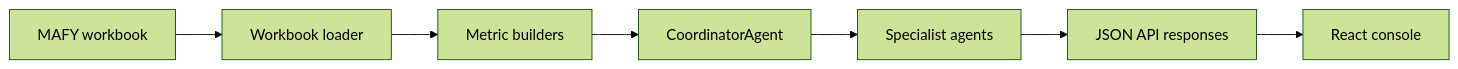
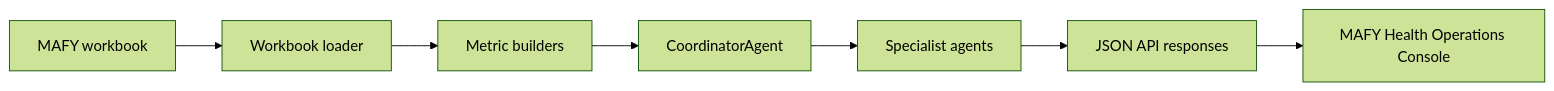
Before and after one commit to ENZOMOTIVE/poverty_404: the diagram in backend/README.md, drawn with Mermaid (forest theme). The commit also changed other lines of this file and 18 other files, not shown here.

````diff
--- a/backend/README.md
+++ b/backend/README.md
@@ -7,9 +7,9 @@
 ```mermaid
 flowchart LR
   A[MAFY workbook] --> B[Workbook loader]
   B --> C[Metric builders]
   C --> D[CoordinatorAgent]
   D --> E[Specialist agents]
   E --> F[JSON API responses]
-  F --> G[React console]
+  F --> G[MAFY Health Operations Console]
 ```
````
